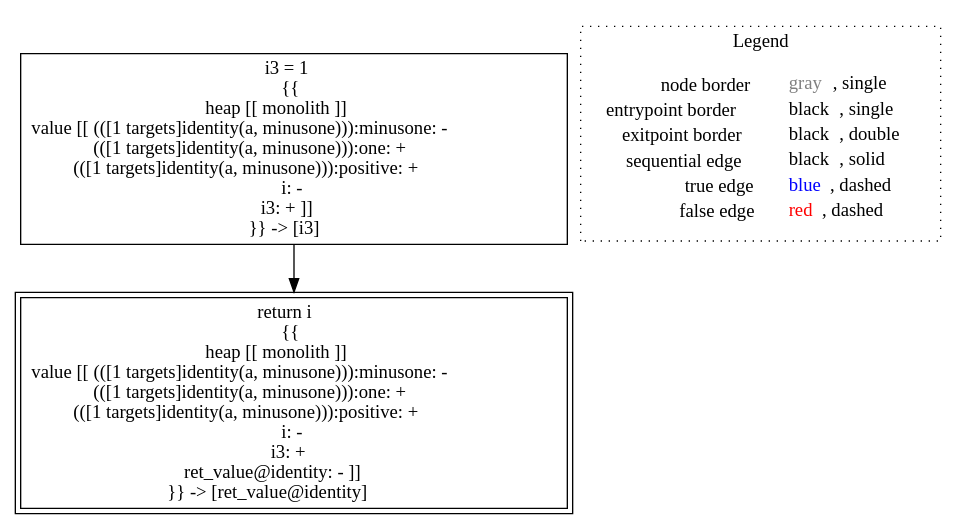
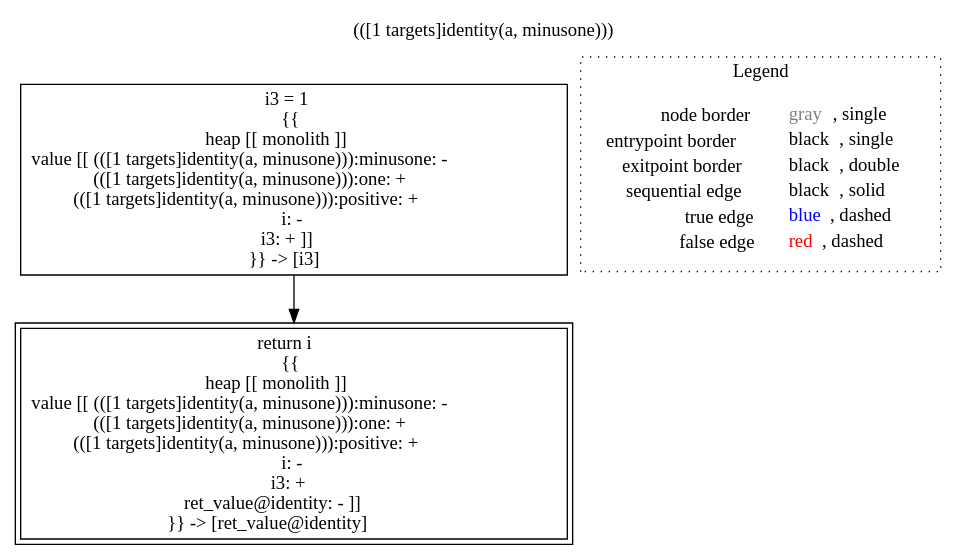
The diagram in lisa/imp-testcases/interprocedural/RTAContextSensitive2/analysis___-788095389_untyped_A.identity(A_this,_untyped_i).dot (lisa-analyzer/lisa), drawn with Graphviz before and after one commit. The commit also changed 12 other files, not shown here.

```diff
--- a/lisa/imp-testcases/interprocedural/RTAContextSensitive2/analysis___-788095389_untyped_A.identity(A_this,_untyped_i).dot
+++ b/lisa/imp-testcases/interprocedural/RTAContextSensitive2/analysis___-788095389_untyped_A.identity(A_this,_untyped_i).dot
@@ -1,12 +1,14 @@
 digraph {
+	labelloc="t";
+	label="(([1 targets]identity(a, minusone)))";
 	"node0" [shape="rect",color="black",label=<i3 = 1<BR/>{{<BR/>heap [[ monolith ]]<BR/>value [[ (([1 targets]identity(a, minusone))):minusone: -<BR/>(([1 targets]identity(a, minusone))):one: +<BR/>(([1 targets]identity(a, minusone))):positive: +<BR/>i: -<BR/>i3: + ]]<BR/>}} -&gt; [i3]>];
 	"node1" [shape="rect",color="black",peripheries="2",label=<return i<BR/>{{<BR/>heap [[ monolith ]]<BR/>value [[ (([1 targets]identity(a, minusone))):minusone: -<BR/>(([1 targets]identity(a, minusone))):one: +<BR/>(([1 targets]identity(a, minusone))):positive: +<BR/>i: -<BR/>i3: +<BR/>ret_value@identity: - ]]<BR/>}} -&gt; [ret_value@identity]>];
 	"node0" -> "node1" [color="black"];
 subgraph cluster_legend {
 	label="Legend";
 	style=dotted;
 	node [shape=plaintext];
 	"legend" [label=<<table border="0" cellpadding="2" cellspacing="0" cellborder="0"><tr><td align="right">node border&nbsp;</td><td align="left"><font color="gray">gray</font>, single</td></tr><tr><td align="right">entrypoint border&nbsp;</td><td align="left"><font color="black">black</font>, single</td></tr><tr><td align="right">exitpoint border&nbsp;</td><td align="left"><font color="black">black</font>, double</td></tr><tr><td align="right">sequential edge&nbsp;</td><td align="left"><font color="black">black</font>, solid</td></tr><tr><td align="right">true edge&nbsp;</td><td align="left"><font color="blue">blue</font>, dashed</td></tr><tr><td align="right">false edge&nbsp;</td><td align="left"><font color="red">red</font>, dashed</td></tr></table>>];
 }
 
 }
```
